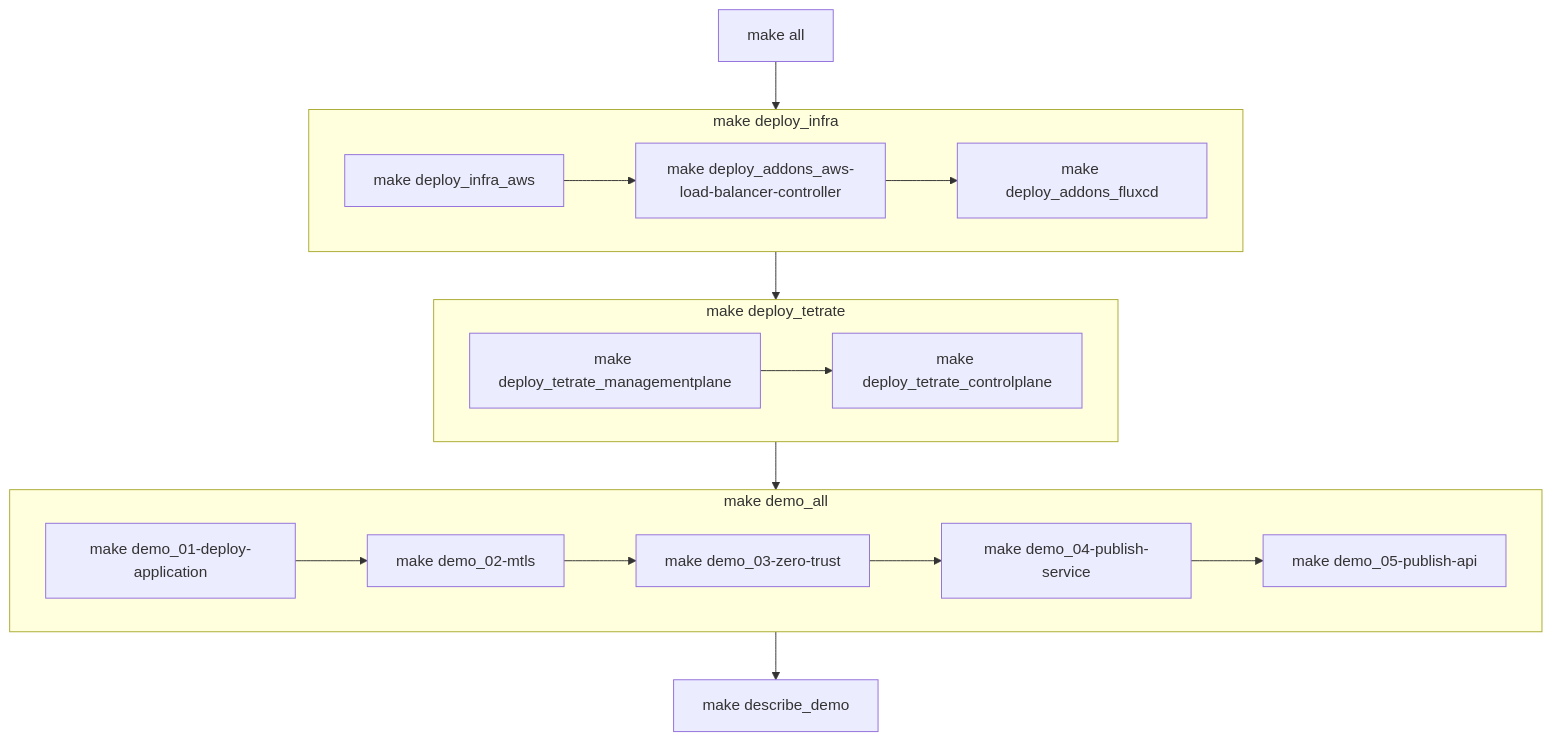
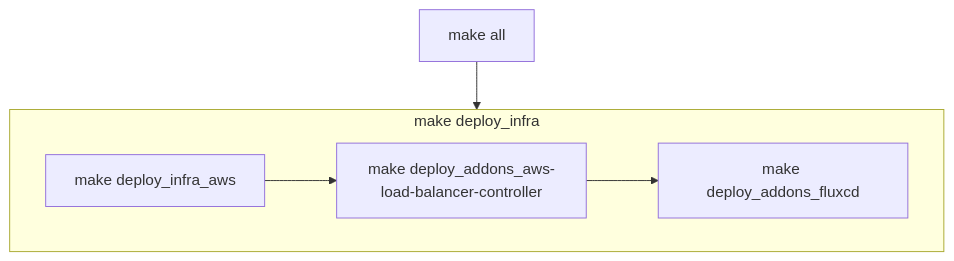
Before and after one commit to smarunich/tetrate-istio-sandbox: the diagram in README.md, drawn with Mermaid. The commit also changed other lines of this file, not shown here.

````diff
--- a/README.md
+++ b/README.md
@@ -15,23 +15,9 @@
 ```mermaid
   graph TD;
       all[make all] --> infra[make deploy_infra]
       subgraph infra[make deploy_infra]
         infra_aws[make deploy_infra_aws] -->
          aws-load-balancer-controller[make deploy_addons_aws-load-balancer-controller] -->
          fluxcd[make deploy_addons_fluxcd]
       end
-      infra --> tetrate[make deploy_tetrate]
-      subgraph tetrate[make deploy_tetrate]
-         tetrate_managementplane[make deploy_tetrate_managementplane] -->
-         tetrate_controlplane[make deploy_tetrate_controlplane]
-      end
-      tetrate --> apps[make demo_all]
-      subgraph apps[make demo_all]
-         deploy-application[make demo_01-deploy-application] -->
-         mtls[make demo_02-mtls] -->
-         zero-trust[make demo_03-zero-trust] -->
-         publish-service[make demo_04-publish-service] -->
-         publish-api[make demo_05-publish-api]
-      end
-      apps --> describe[make describe_demo]
 ```
````
